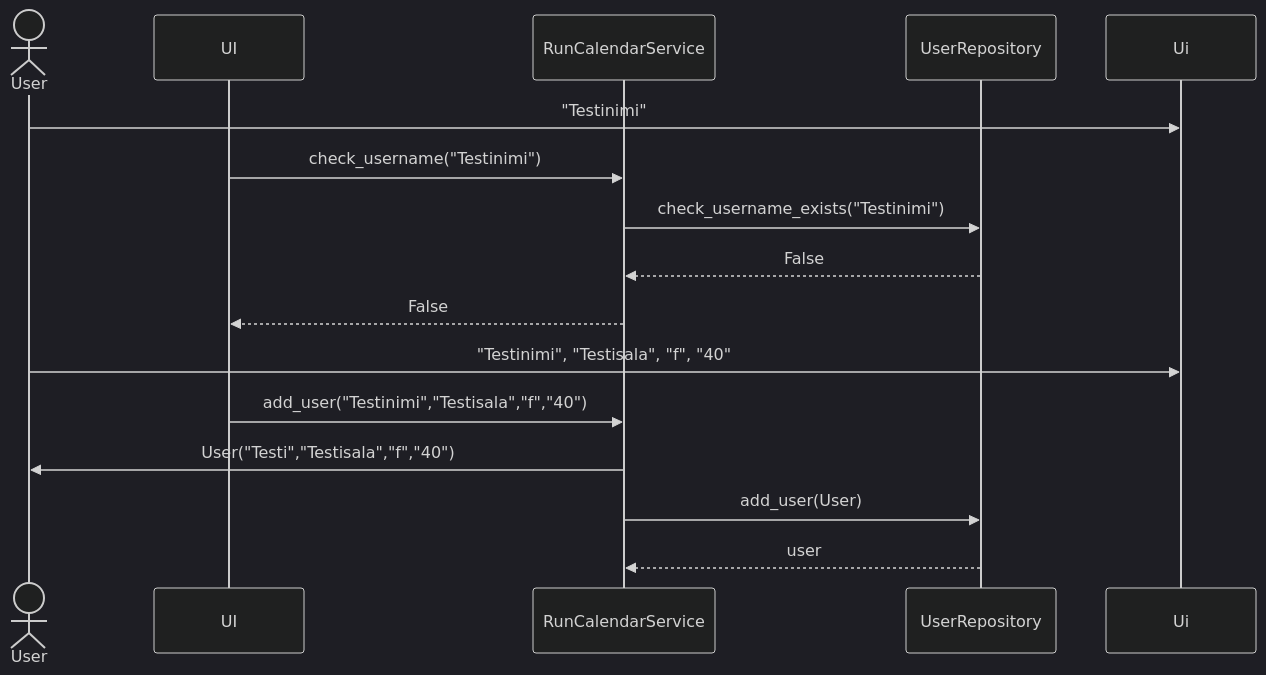
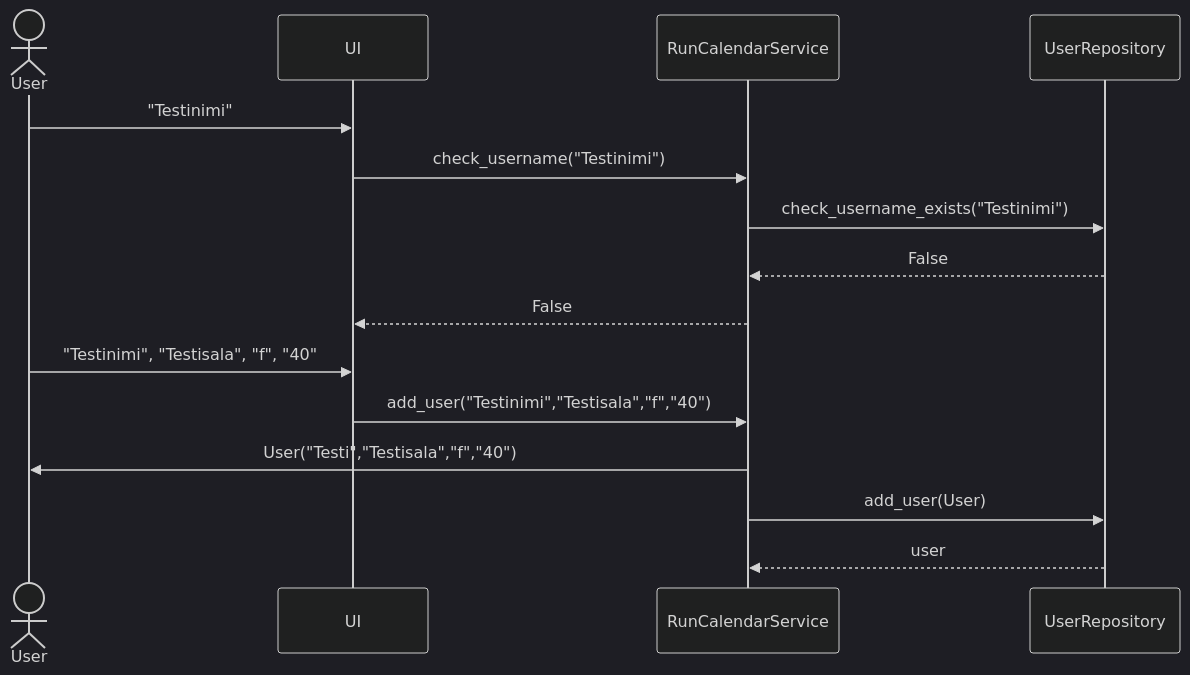
Before and after one commit to ah-pasila/ot-running-calendar: the second of 2 diagrams in dokumentaatio/arkkitehtuuri.md, drawn with Mermaid (dark theme).

Commit message:
Sekvenssikaavion korjaus

````diff
--- a/dokumentaatio/arkkitehtuuri.md
+++ b/dokumentaatio/arkkitehtuuri.md
@@ -73,18 +73,18 @@
 ```mermaid
 sequenceDiagram
     actor User
     participant UI
     participant RunCalendarService
     participant UserRepository
     participant User
-    User->>Ui: "Testinimi"
+    User->>UI: "Testinimi"
     UI->>RunCalendarService: check_username("Testinimi")
     RunCalendarService->>UserRepository: check_username_exists("Testinimi")
     UserRepository-->>RunCalendarService:False
     RunCalendarService-->>UI: False
-    User->>Ui: "Testinimi", "Testisala", "f", "40"
+    User->>UI: "Testinimi", "Testisala", "f", "40"
     UI->>RunCalendarService: add_user("Testinimi","Testisala","f","40")
     RunCalendarService->>User: User("Testi","Testisala","f","40") 
     RunCalendarService->>UserRepository: add_user(User)
     UserRepository-->>RunCalendarService: user
 ```
````
